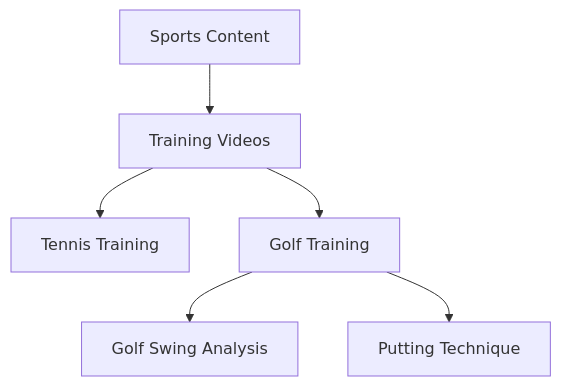
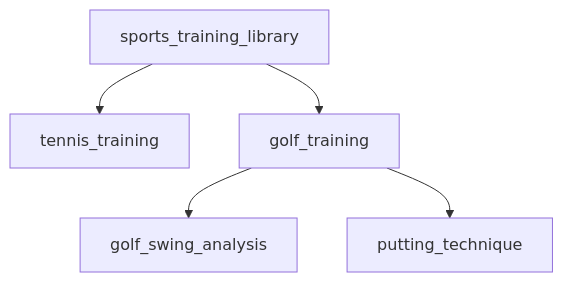
The diagram in ingestion/entities/taxonomies.mdx (mixpeek/docs), drawn with Mermaid before and after one commit. The commit also changed other lines of this file and 1 other file, not shown here.

````diff
--- a/ingestion/entities/taxonomies.mdx
+++ b/ingestion/entities/taxonomies.mdx
@@ -17,8 +17,8 @@
 ```mermaid
 graph TD
-    A[Sports Content] --> B[Training Videos]
-    B --> C[Tennis Training]
-    B --> D[Golf Training]
-    D --> E[Golf Swing Analysis]
-    D --> F[Putting Technique]
+    B[sports_training_library]
+    B --> C[tennis_training]
+    B --> D[golf_training]
+    D --> E[golf_swing_analysis]
+    D --> F[putting_technique]
 ```
````
